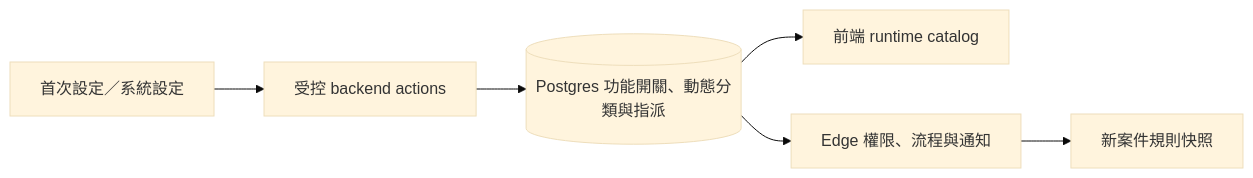
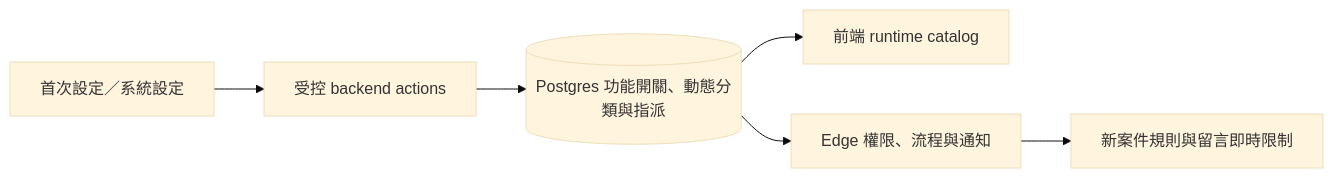
The second of 2 diagrams in docs/architecture.md (tavricccc/novae-website), drawn with Mermaid (base theme) before and after one commit. The commit also changed other lines of this file and 9 other files, not shown here.

````diff
--- a/docs/architecture.md
+++ b/docs/architecture.md
@@ -75,8 +75,8 @@
 ```mermaid
 flowchart LR
   S[首次設定／系統設定] --> A[受控 backend actions]
   A --> D[(Postgres 功能開關、動態分類與指派)]
   D --> UI[前端 runtime catalog]
   D --> API[Edge 權限、流程與通知]
-  API --> P[新案件規則快照]
+  API --> P[新案件規則與留言即時限制]
 ```
````
